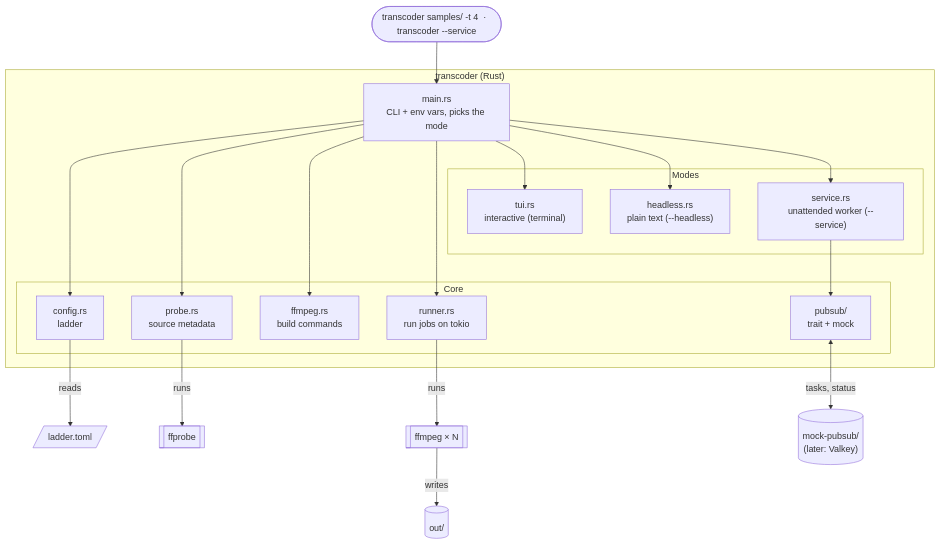
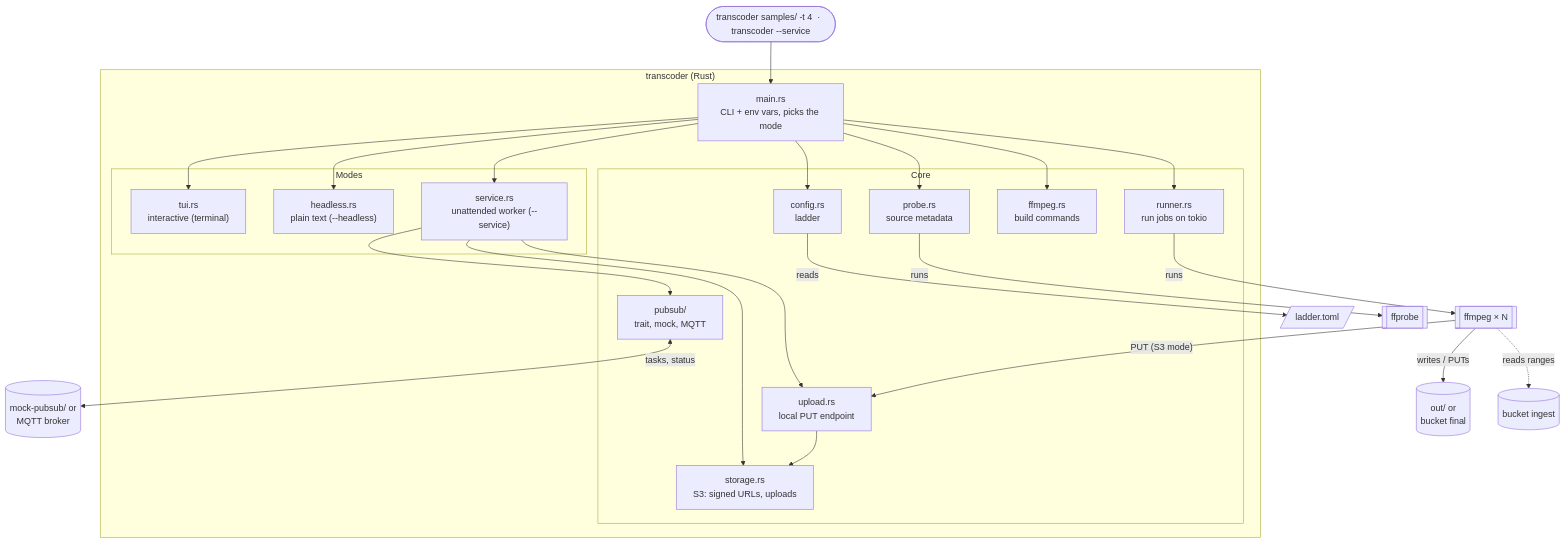
The first of 5 diagrams in docs/architecture/transcoder.md (Domeimeie/DodoGlass), drawn with Mermaid before and after one commit. The commit also changed other lines of this file and 23 other files, not shown here.

````diff
--- a/docs/architecture/transcoder.md
+++ b/docs/architecture/transcoder.md
@@ -22,32 +25,38 @@
 ```mermaid
 flowchart TB
     CLI(["transcoder samples/ -t 4  ·  transcoder --service"]) --> Main
     subgraph App["transcoder (Rust)"]
         Main["main.rs<br/>CLI + env vars, picks the mode"]
         subgraph Modes["Modes"]
             TUI["tui.rs<br/>interactive (terminal)"]
             Headless["headless.rs<br/>plain text (--headless)"]
             Service["service.rs<br/>unattended worker (--service)"]
         end
         subgraph Core["Core"]
             Config["config.rs<br/>ladder"]
             Probe["probe.rs<br/>source metadata"]
             FFmpeg["ffmpeg.rs<br/>build commands"]
             Runner["runner.rs<br/>run jobs on tokio"]
-            PubSub["pubsub/<br/>trait + mock"]
+            PubSub["pubsub/<br/>trait, mock, MQTT"]
+            Storage["storage.rs<br/>S3: signed URLs, uploads"]
+            Upload["upload.rs<br/>local PUT endpoint"]
         end
     end
     Main --> TUI & Headless & Service
     Main --> Config & Probe & FFmpeg & Runner
-    Service --> PubSub
+    Service --> PubSub & Storage & Upload
+    Upload --> Storage
     Ladder[/"ladder.toml"/]
     FFprobeBin[["ffprobe"]]
     FFmpegBin[["ffmpeg × N"]]
-    Broker[("mock-pubsub/<br/>(later: Valkey)")]
-    Out[("out/")]
+    Broker[("mock-pubsub/ or<br/>MQTT broker")]
+    Out[("out/ or<br/>bucket final")]
+    In[("bucket ingest")]
     Config -->|reads| Ladder
     Probe -->|runs| FFprobeBin
     Runner -->|runs| FFmpegBin
-    FFmpegBin -->|writes| Out
+    FFmpegBin -->|writes / PUTs| Out
+    FFmpegBin -.->|reads ranges| In
+    FFmpegBin -->|"PUT (S3 mode)"| Upload
     PubSub <-->|tasks, status| Broker
 ```
````
